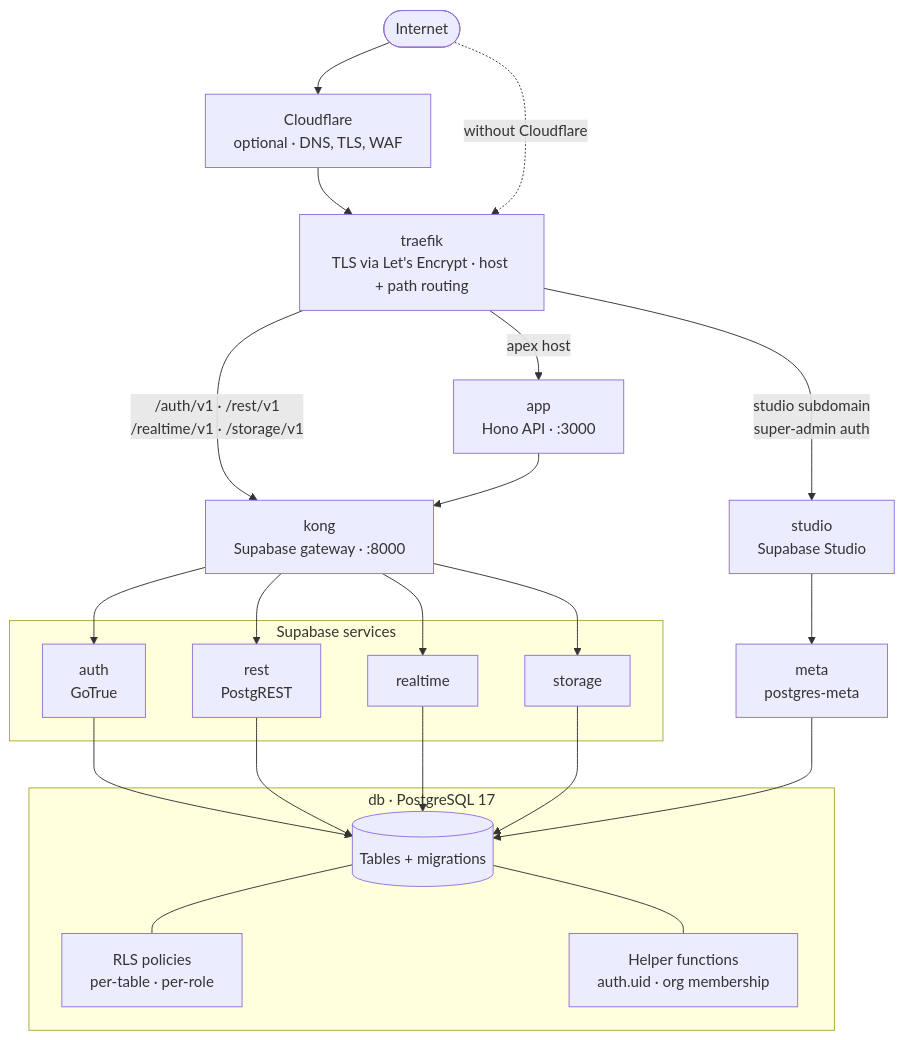
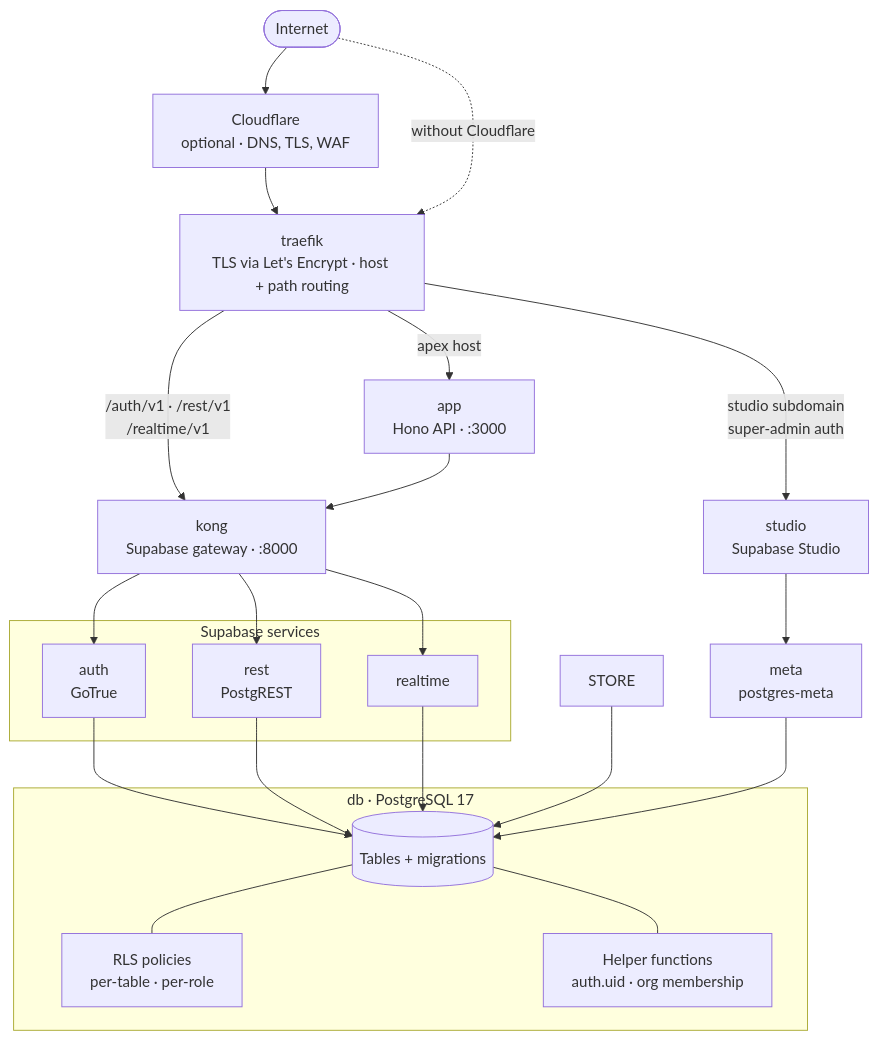
Before and after one commit to hyperformant/vibecarbon: the diagram in carbon/README.md, drawn with Mermaid. The commit also changed other lines of this file and 62 other files, not shown here.

First line of the commit message:
refactor: remove Supabase Storage and imgproxy

````diff
--- a/carbon/README.md
+++ b/carbon/README.md
@@ -42,43 +42,41 @@
 ```mermaid
 flowchart TD
     NET(["Internet"])
     CF["Cloudflare<br/>optional · DNS, TLS, WAF"]
     TR["traefik<br/>TLS via Let's Encrypt · host + path routing"]
 
     NET --> CF
     CF --> TR
     NET -.->|"without Cloudflare"| TR
 
     TR -->|"apex host"| APP["app<br/>Hono API · :3000"]
-    TR -->|"/auth/v1 · /rest/v1<br/>/realtime/v1 · /storage/v1"| KONG["kong<br/>Supabase gateway · :8000"]
+    TR -->|"/auth/v1 · /rest/v1<br/>/realtime/v1"| KONG["kong<br/>Supabase gateway · :8000"]
     TR -->|"studio subdomain<br/>super-admin auth"| STUDIO["studio<br/>Supabase Studio"]
 
     APP --> KONG
 
     subgraph SUPA["Supabase services"]
         AUTH["auth<br/>GoTrue"]
         REST["rest<br/>PostgREST"]
         RT["realtime"]
-        STORE["storage"]
     end
 
     KONG --> AUTH
     KONG --> REST
     KONG --> RT
-    KONG --> STORE
     STUDIO --> META["meta<br/>postgres-meta"]
 
     subgraph PG["db · PostgreSQL 17"]
         DB[("Tables + migrations")]
         RLS["RLS policies<br/>per-table · per-role"]
         FN["Helper functions<br/>auth.uid · org membership"]
         DB --- RLS
         DB --- FN
     end
 
     AUTH --> DB
     REST --> DB
     RT --> DB
     STORE --> DB
     META --> DB
 ```
````
